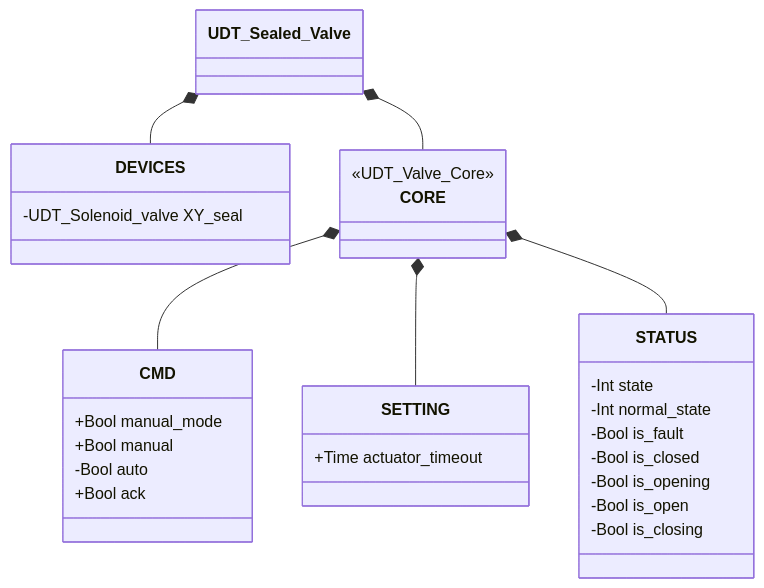
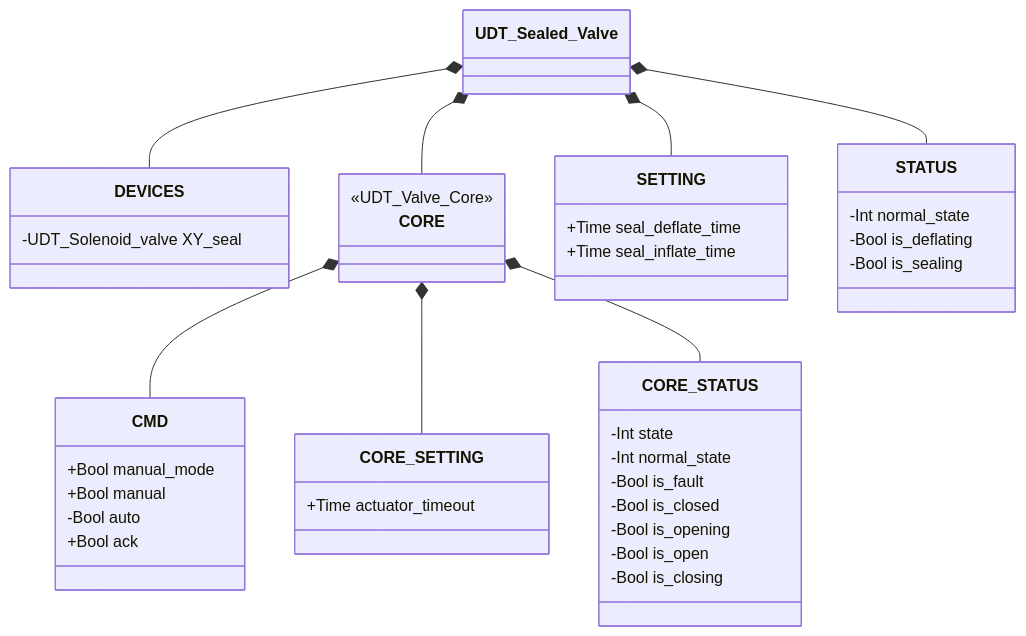
Before and after one commit to AleFire99/TIA_knowledge: the first of 2 diagrams in docs/en/library/valves/sealed/index.md, drawn with Mermaid. The commit also changed other lines of this file and 9 other files, not shown here.

First line of the commit message:
docs: regenerate Sealed_valve bilingual docs for the new interlock FSM

````diff
--- a/docs/en/library/valves/sealed/index.md
+++ b/docs/en/library/valves/sealed/index.md
@@ -24,33 +24,44 @@
 ```mermaid
 classDiagram
     class UDT_Sealed_Valve
     class DEVICES {
         -UDT_Solenoid_valve XY_seal
     }
     class CORE {
         <<UDT_Valve_Core>>
     }
     class CMD {
         +Bool manual_mode
         +Bool manual
         -Bool auto
         +Bool ack
     }
-    class SETTING {
+    class CORE_SETTING {
         +Time actuator_timeout
     }
-    class STATUS {
+    class CORE_STATUS {
         -Int state
         -Int normal_state
         -Bool is_fault
         -Bool is_closed
         -Bool is_opening
         -Bool is_open
         -Bool is_closing
     }
+    class SETTING {
+        +Time seal_deflate_time
+        +Time seal_inflate_time
+    }
+    class STATUS {
+        -Int normal_state
+        -Bool is_deflating
+        -Bool is_sealing
+    }
     UDT_Sealed_Valve *-- DEVICES
     UDT_Sealed_Valve *-- CORE
+    UDT_Sealed_Valve *-- SETTING
+    UDT_Sealed_Valve *-- STATUS
     CORE *-- CMD
-    CORE *-- SETTING
-    CORE *-- STATUS
+    CORE *-- CORE_SETTING
+    CORE *-- CORE_STATUS
 ```
````
